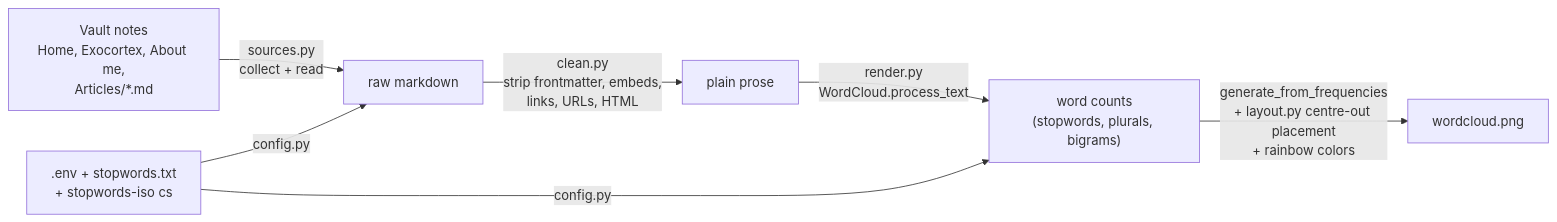
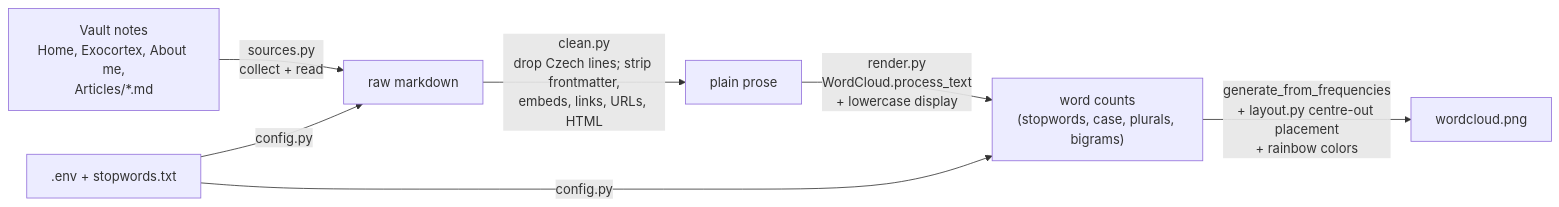
One commit to BurnyCoder/curated-wordcloud changed the diagram in README.md. Above: the diagram before and after it, drawn with Mermaid. The commit also changed other lines of this file, not shown here.

First line of the commit message:
Wordcloud: case-insensitive lowercase display, drop Czech lines

````diff
--- a/README.md
+++ b/README.md
@@ -11,8 +11,8 @@
 ```mermaid
 flowchart LR
     A["Vault notes<br/>Home, Exocortex, About me,<br/>Articles/*.md"] -->|sources.py<br/>collect + read| B[raw markdown]
-    B -->|clean.py<br/>strip frontmatter, embeds,<br/>links, URLs, HTML| C[plain prose]
-    C -->|render.py<br/>WordCloud.process_text| D["word counts<br/>(stopwords, plurals, bigrams)"]
+    B -->|clean.py<br/>drop Czech lines; strip frontmatter,<br/>embeds, links, URLs, HTML| C[plain prose]
+    C -->|render.py<br/>WordCloud.process_text<br/>+ lowercase display| D["word counts<br/>(stopwords, case, plurals, bigrams)"]
     D -->|generate_from_frequencies<br/>+ layout.py centre-out placement<br/>+ rainbow colors| E[wordcloud.png]
-    F[".env + stopwords.txt<br/>+ stopwords-iso cs"] -->|config.py| B & D
+    F[".env + stopwords.txt"] -->|config.py| B & D
 ```
````
